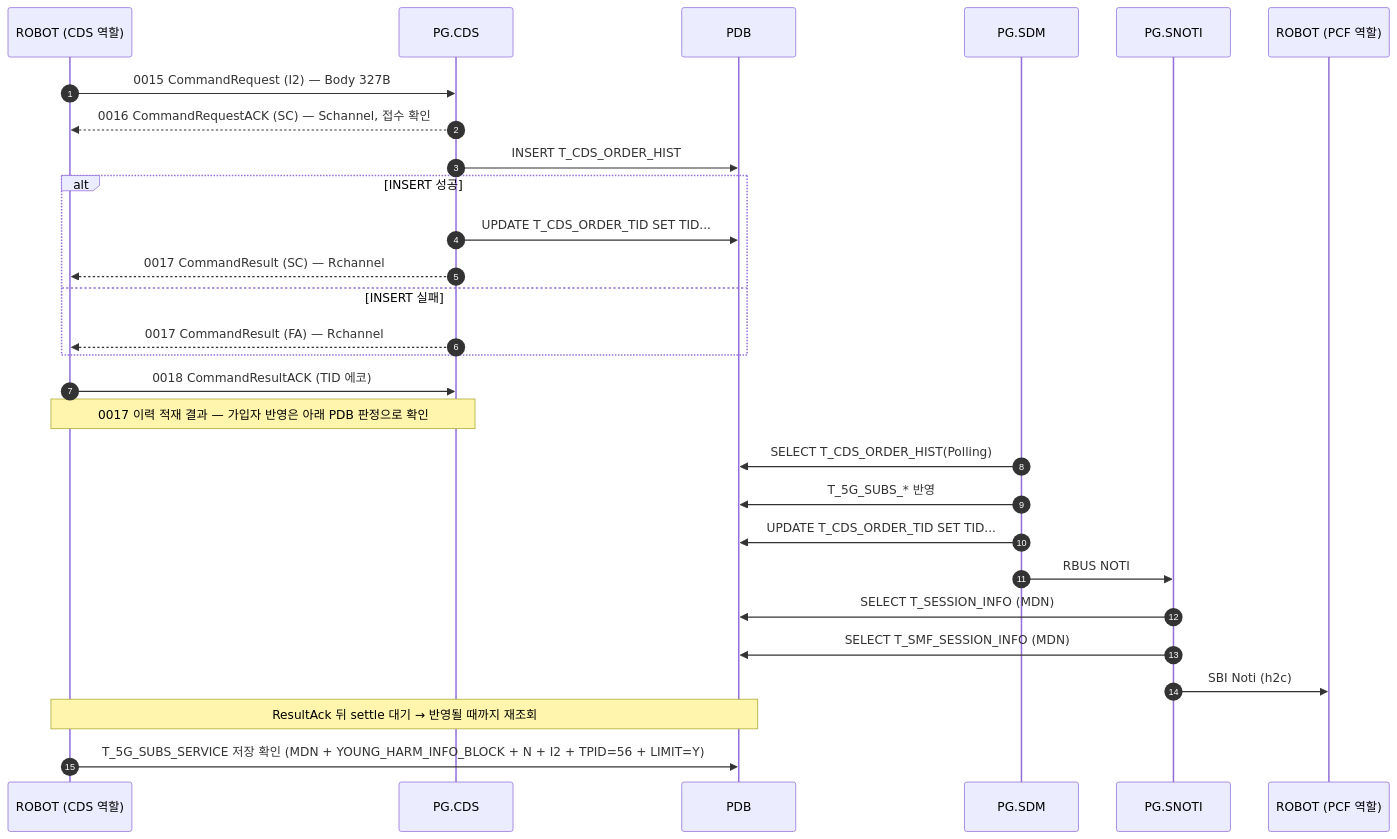
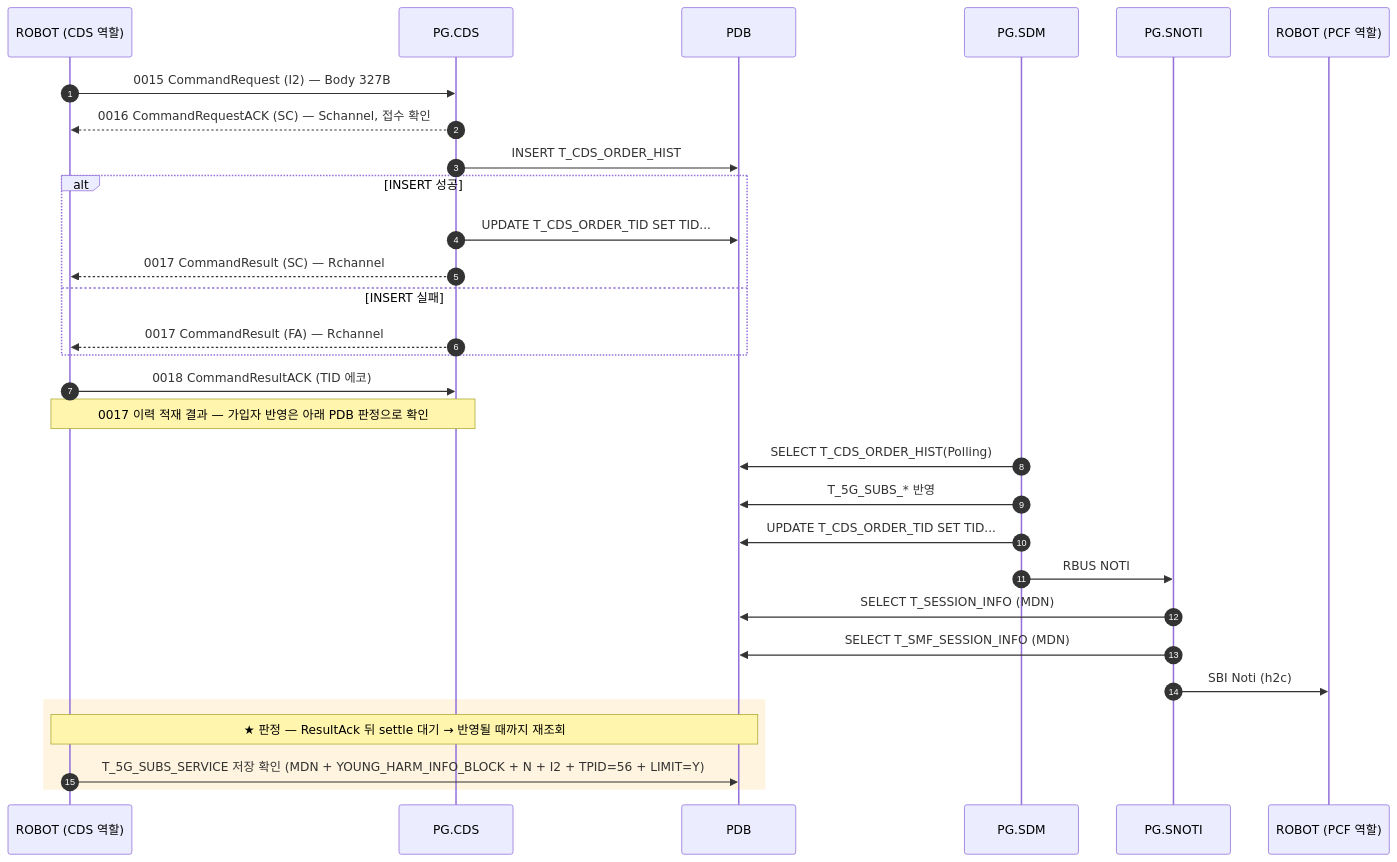
The diagram in docs/callflow/CDS_I2.md (IanKim2030/tc4robot), drawn with Mermaid before and after one commit. The commit also changed 19 other files, not shown here.

````diff
--- a/docs/callflow/CDS_I2.md
+++ b/docs/callflow/CDS_I2.md
@@ -17,32 +17,34 @@
 ```mermaid
 sequenceDiagram
     autonumber
     participant TOOL as ROBOT (CDS 역할)
     participant PCDS as PG.CDS
     participant PDB as PDB
     participant SDM as PG.SDM
     participant SNOTI as PG.SNOTI
     participant PCF as ROBOT (PCF 역할)
 
     TOOL->>PCDS: 0015 CommandRequest (I2) — Body 327B
     PCDS-->>TOOL: 0016 CommandRequestACK (SC) — Schannel, 접수 확인
     PCDS->>PDB: INSERT T_CDS_ORDER_HIST
     alt INSERT 성공
         PCDS->>PDB: UPDATE T_CDS_ORDER_TID SET TID...
         PCDS-->>TOOL: 0017 CommandResult (SC) — Rchannel
     else INSERT 실패
         PCDS-->>TOOL: 0017 CommandResult (FA) — Rchannel
     end
     TOOL->>PCDS: 0018 CommandResultACK (TID 에코)
     Note over TOOL,PCDS: 0017 이력 적재 결과 — 가입자 반영은 아래 PDB 판정으로 확인
 
     SDM->>PDB: SELECT T_CDS_ORDER_HIST(Polling)
     SDM->>PDB: T_5G_SUBS_* 반영
     SDM->>PDB: UPDATE T_CDS_ORDER_TID SET TID...
     SDM->>SNOTI: RBUS NOTI
     SNOTI->>PDB: SELECT T_SESSION_INFO (MDN)
     SNOTI->>PDB: SELECT T_SMF_SESSION_INFO (MDN)
     SNOTI->>PCF: SBI Noti (h2c)
-    Note over TOOL,PDB: ResultAck 뒤 settle 대기 → 반영될 때까지 재조회
-    TOOL->>PDB: T_5G_SUBS_SERVICE 저장 확인 (MDN + YOUNG_HARM_INFO_BLOCK + N + I2 + TPID=56 + LIMIT=Y)
+    rect rgba(255, 176, 32, 0.14)
+    Note over TOOL,PDB: ★ 판정 — ResultAck 뒤 settle 대기 → 반영될 때까지 재조회
+        TOOL->>PDB: T_5G_SUBS_SERVICE 저장 확인 (MDN + YOUNG_HARM_INFO_BLOCK + N + I2 + TPID=56 + LIMIT=Y)
+    end
 ```
````
